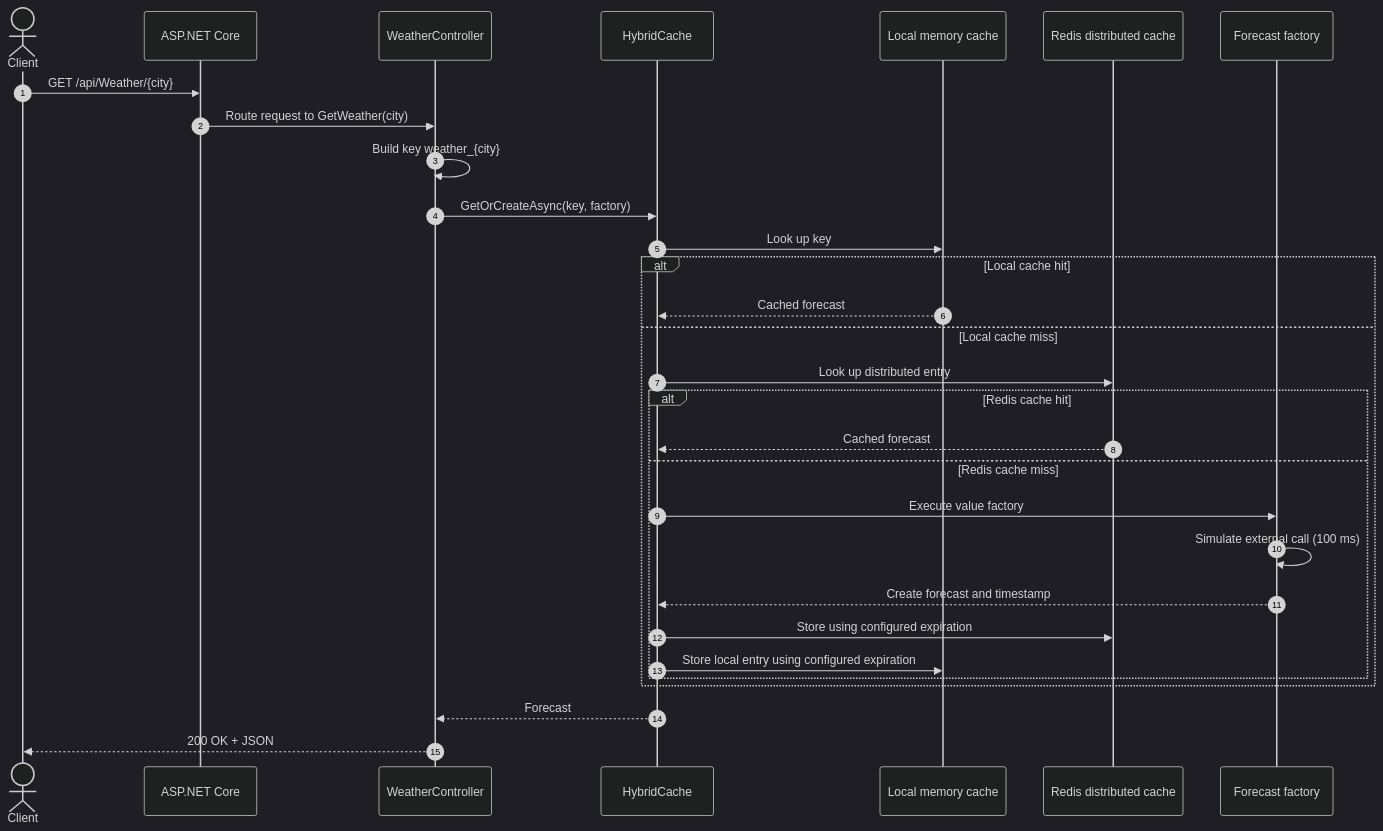
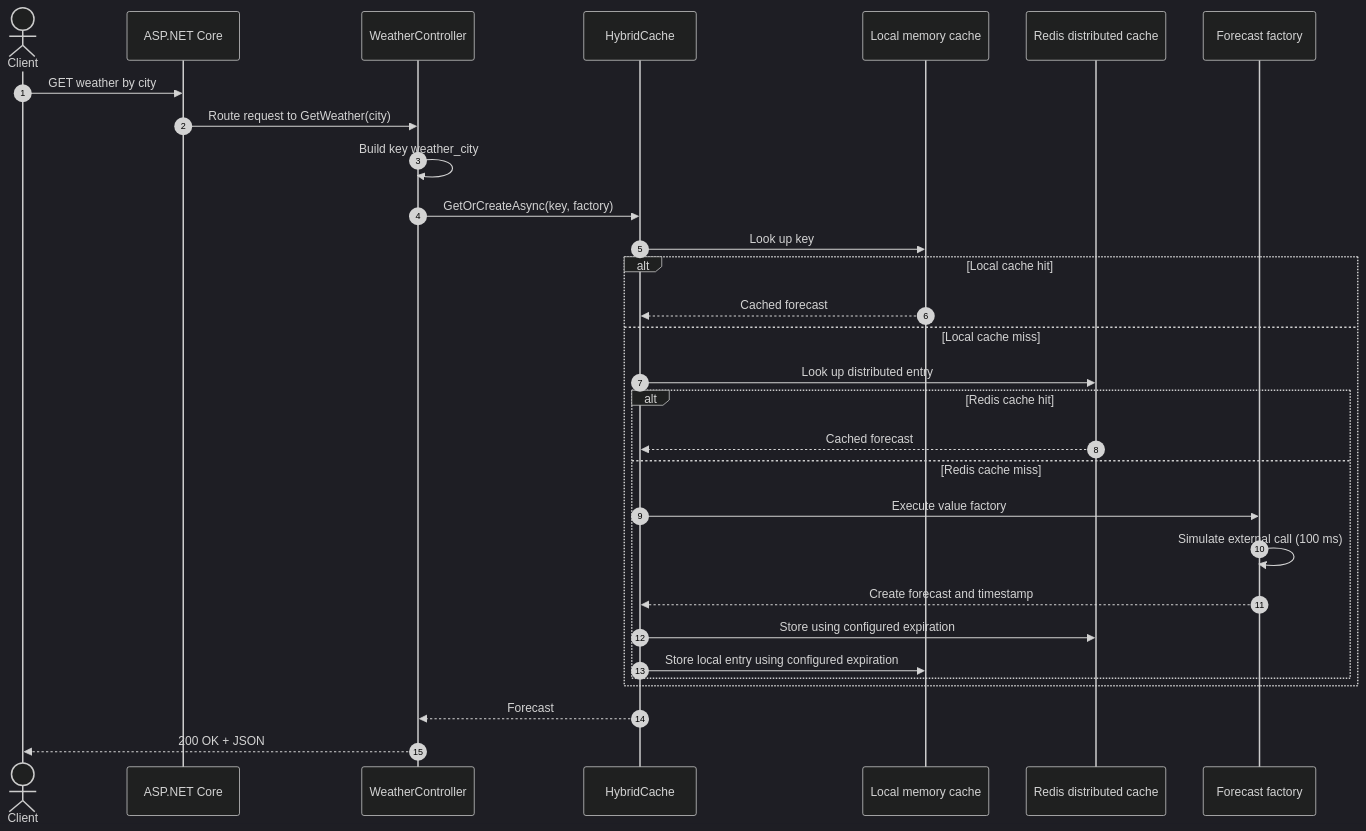
The second of 2 diagrams in README.md (hasanmonsur/HybridCache-is-the-Future-of-Caching-in-.NET-9), drawn with Mermaid (dark theme) before and after one commit. The commit also changed other lines of this file, not shown here.

Commit message:
docs: fix Mermaid flowchart rendering

````diff
--- a/README.md
+++ b/README.md
@@ -41,33 +41,33 @@
 ```mermaid
 sequenceDiagram
     autonumber
     actor Client
     participant API as ASP.NET Core
     participant Controller as WeatherController
     participant Hybrid as HybridCache
     participant L1 as Local memory cache
     participant L2 as Redis distributed cache
     participant Factory as Forecast factory
 
-    Client->>API: GET /api/Weather/{city}
+    Client->>API: GET weather by city
     API->>Controller: Route request to GetWeather(city)
-    Controller->>Controller: Build key weather_{city}
+    Controller->>Controller: Build key weather_city
     Controller->>Hybrid: GetOrCreateAsync(key, factory)
     Hybrid->>L1: Look up key
     alt Local cache hit
         L1-->>Hybrid: Cached forecast
     else Local cache miss
         Hybrid->>L2: Look up distributed entry
         alt Redis cache hit
             L2-->>Hybrid: Cached forecast
         else Redis cache miss
             Hybrid->>Factory: Execute value factory
             Factory->>Factory: Simulate external call (100 ms)
             Factory-->>Hybrid: Create forecast and timestamp
             Hybrid->>L2: Store using configured expiration
             Hybrid->>L1: Store local entry using configured expiration
         end
     end
     Hybrid-->>Controller: Forecast
     Controller-->>Client: 200 OK + JSON
 ```
````
